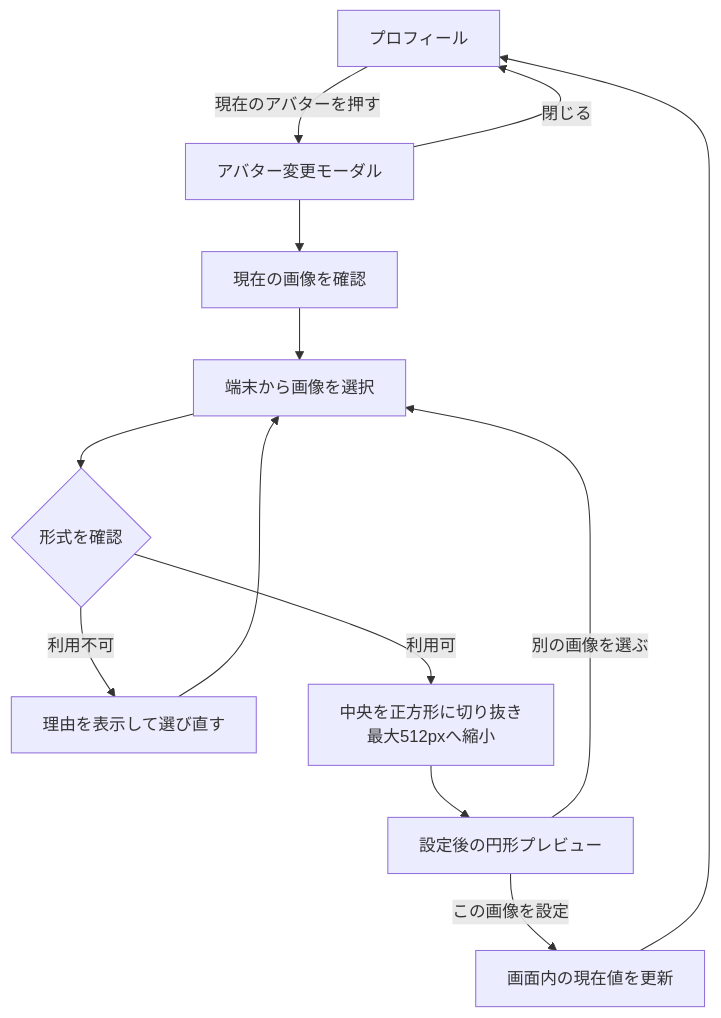
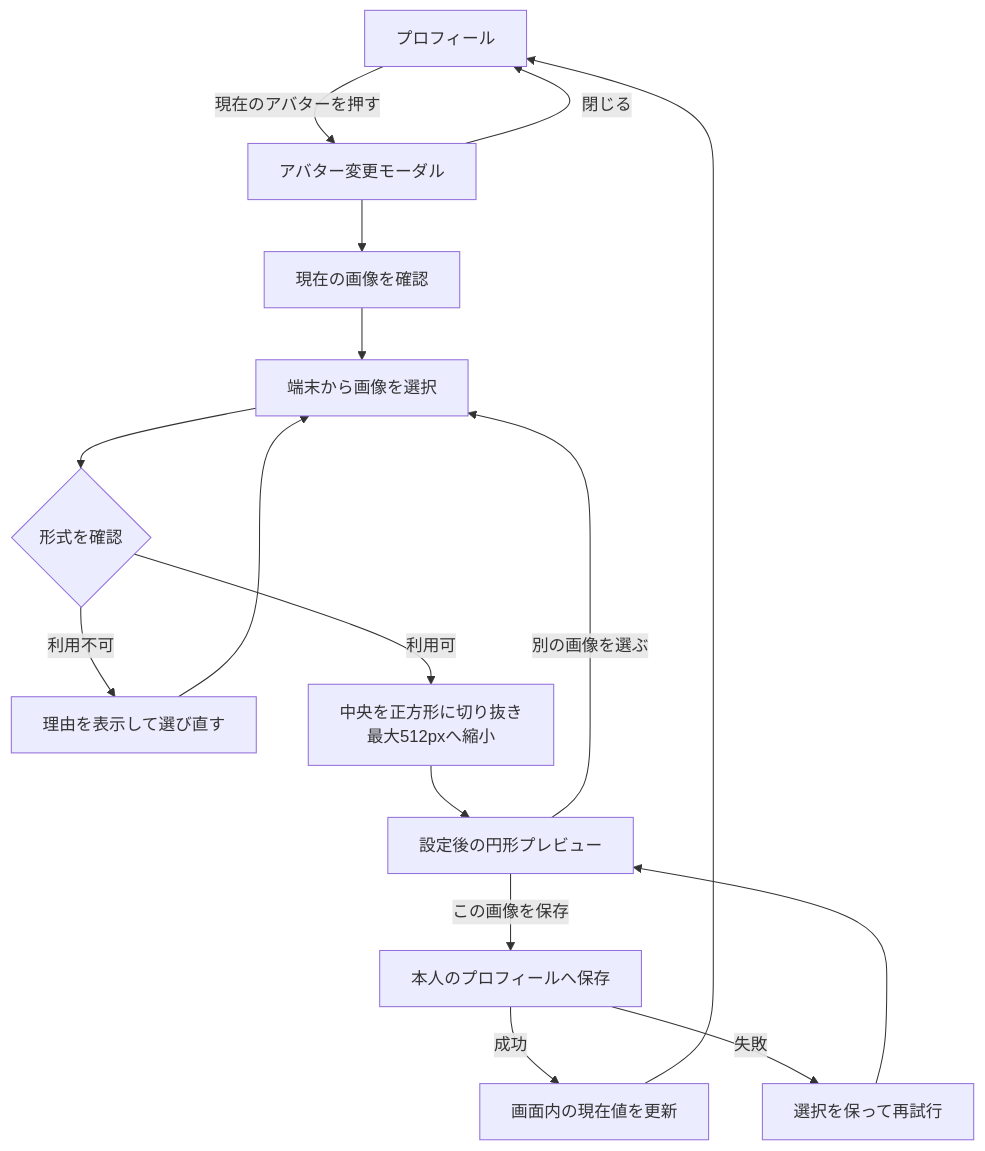
One commit to kkyosuke/me-builder changed the first of 2 diagrams in docs/product/avatar-experience.md. Above: the diagram before and after it, drawn with Mermaid. The commit also changed other lines of this file and 54 other files, not shown here.

````diff
--- a/docs/product/avatar-experience.md
+++ b/docs/product/avatar-experience.md
@@ -52,15 +54,18 @@
 ```mermaid
 flowchart TD
     P[プロフィール] -->|現在のアバターを押す| M[アバター変更モーダル]
     M --> C[現在の画像を確認]
     C --> F[端末から画像を選択]
     F --> V{形式を確認}
     V -->|利用不可| E[理由を表示して選び直す]
     E --> F
     V -->|利用可| N[中央を正方形に切り抜き<br/>最大512pxへ縮小]
     N --> R[設定後の円形プレビュー]
     R -->|別の画像を選ぶ| F
-    R -->|この画像を設定| S[画面内の現在値を更新]
-    S --> P
+    R -->|この画像を保存| S[本人のプロフィールへ保存]
+    S -->|成功| U[画面内の現在値を更新]
+    U --> P
+    S -->|失敗| X[選択を保って再試行]
+    X --> R
     M -->|閉じる| P
 ```
````
